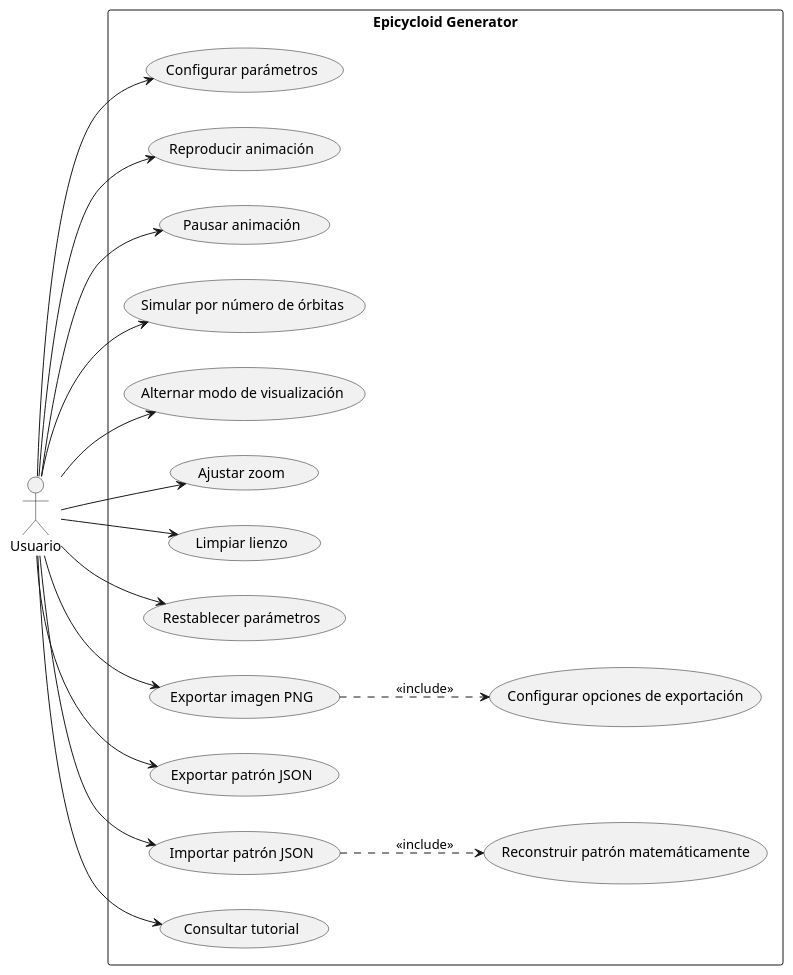
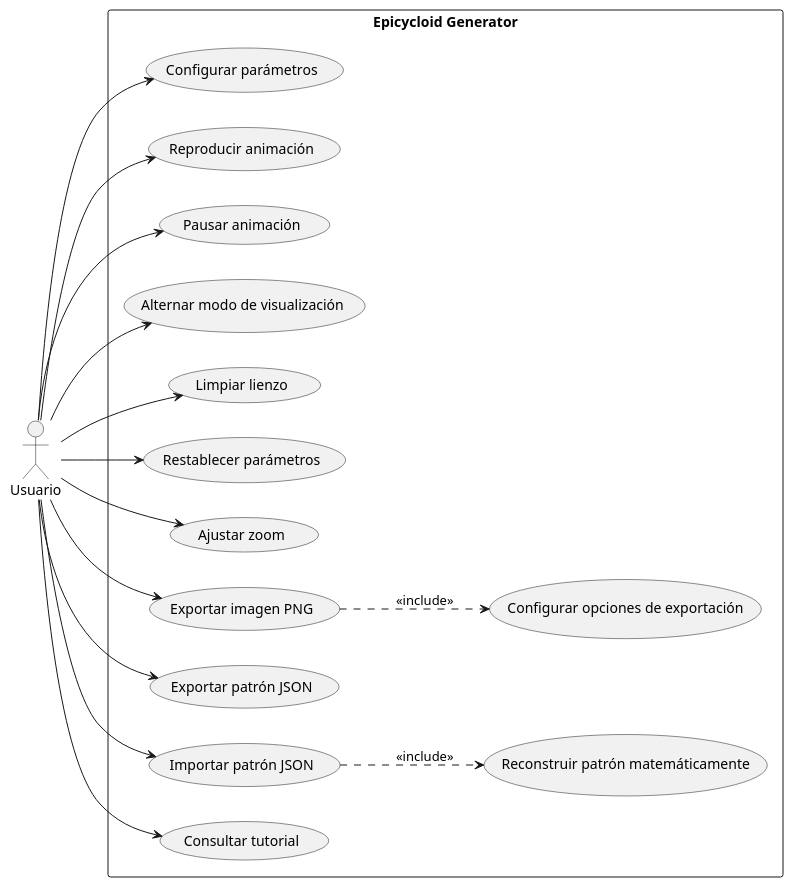
Before and after one commit to IgnacioMol/Epicycloid_generator: the first of 2 diagrams in claude/memoria-cap4-analisis.md, drawn with PlantUML. The commit also changed other lines of this file and 1 other file, not shown here.

````diff
--- a/claude/memoria-cap4-analisis.md
+++ b/claude/memoria-cap4-analisis.md
@@ -349,40 +333,38 @@
 ```plantuml
 @startuml CasosDeUso
 left to right direction
 skinparam packageStyle rectangle
 actor Usuario as U
 
 rectangle "Epicycloid Generator" {
   usecase "Configurar parámetros" as CU1
   usecase "Reproducir animación" as CU2
   usecase "Pausar animación" as CU3
-  usecase "Simular por número de órbitas" as CU4
-  usecase "Alternar modo de visualización" as CU5
-  usecase "Ajustar zoom" as CU6z
-  usecase "Limpiar lienzo" as CU6
-  usecase "Restablecer parámetros" as CU7
-  usecase "Exportar imagen PNG" as CU9
-  usecase "Configurar opciones de exportación" as CU9b
-  usecase "Exportar patrón JSON" as CU10
-  usecase "Importar patrón JSON" as CU11
-  usecase "Reconstruir patrón matemáticamente" as CU11b
-  usecase "Consultar tutorial" as CU12
+  usecase "Alternar modo de visualización" as CU4
+  usecase "Limpiar lienzo" as CU5
+  usecase "Restablecer parámetros" as CU6
+  usecase "Ajustar zoom" as CU7
+  usecase "Exportar imagen PNG" as CU8
+  usecase "Configurar opciones de exportación" as CU8b
+  usecase "Exportar patrón JSON" as CU9
+  usecase "Importar patrón JSON" as CU10
+  usecase "Reconstruir patrón matemáticamente" as CU10b
+  usecase "Consultar tutorial" as CU11
 }
 
 U --> CU1
 U --> CU2
 U --> CU3
 U --> CU4
 U --> CU5
-U --> CU6z
 U --> CU6
 U --> CU7
+U --> CU8
 U --> CU9
 U --> CU10
 U --> CU11
-U --> CU12
 
-CU9 ..> CU9b : <<include>>
-CU11 ..> CU11b : <<include>>
+CU8 ..> CU8b : <<include>>
+CU10 ..> CU10b : <<include>>
 @enduml
 ```
````
